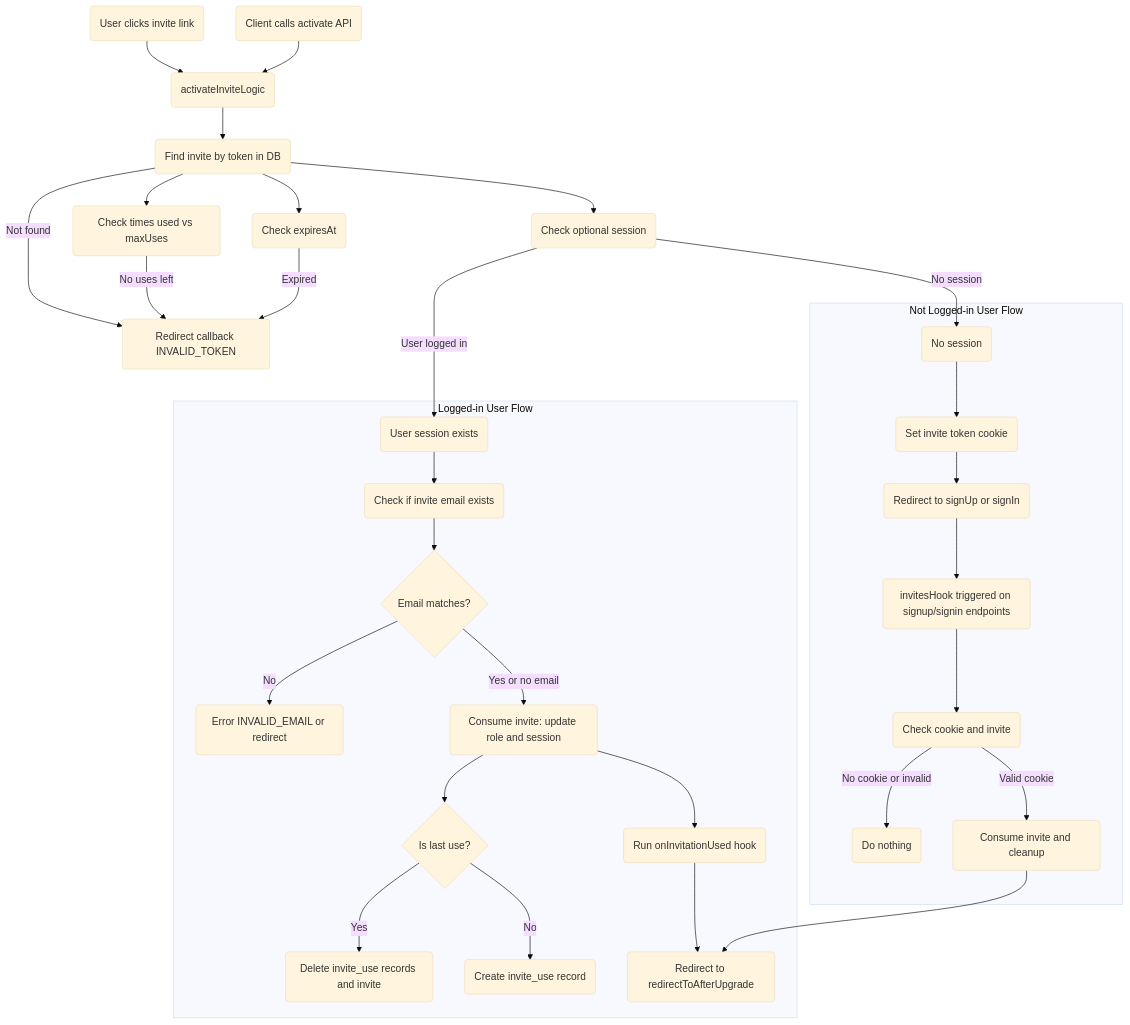
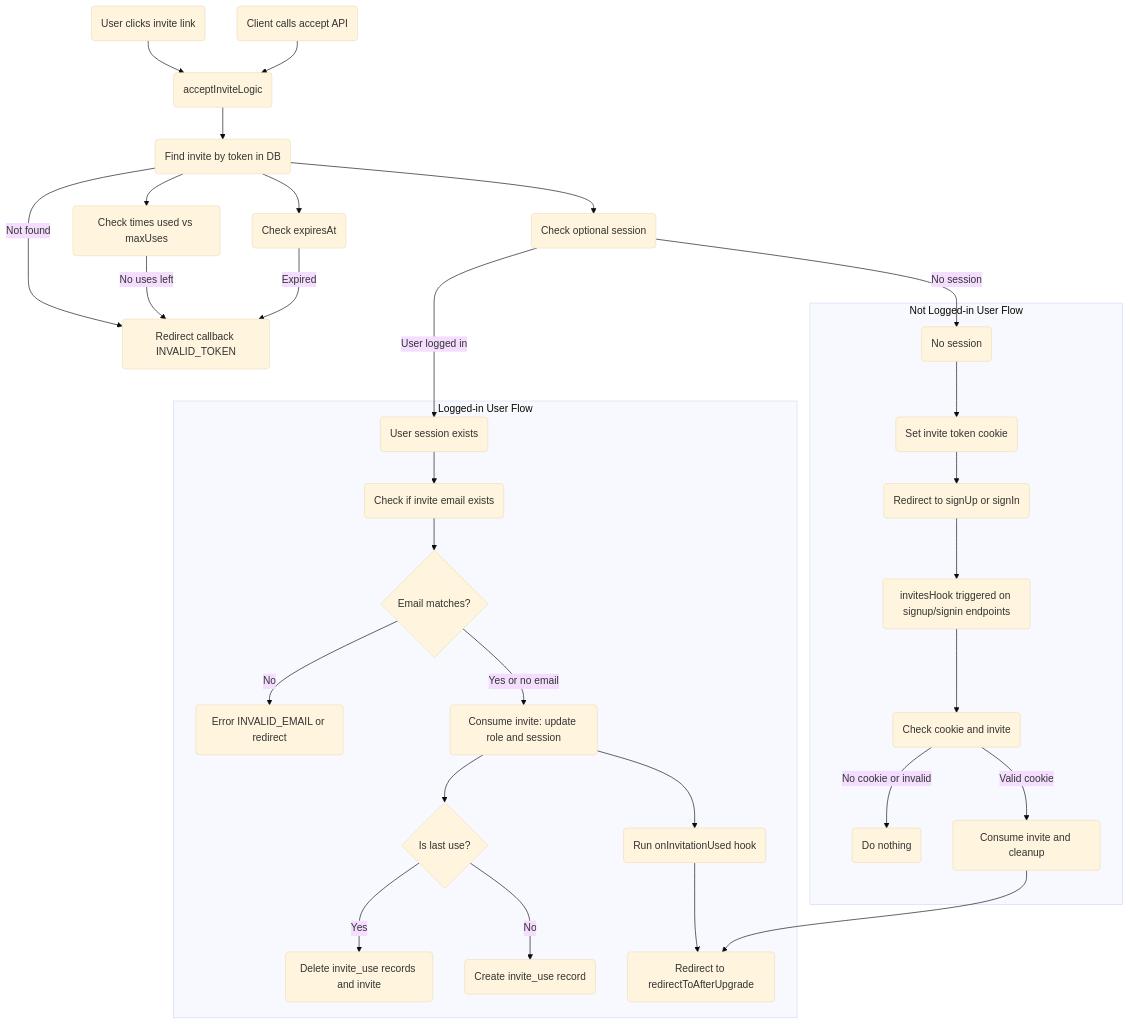
The second of 2 diagrams in docs/content/docs/core/diagram.mdx (better-invite/better-invite), drawn with Mermaid (base theme) before and after one commit. The commit also changed other lines of this file and 23 other files, not shown here.

````diff
--- a/docs/content/docs/core/diagram.mdx
+++ b/docs/content/docs/core/diagram.mdx
@@ -37,43 +37,43 @@
 ```mermaid
 flowchart TB
-  %% Activation entry points
-  N1(User clicks invite link) --> ACT(activateInviteLogic)
-  N2(Client calls activate API) --> ACT
+  %% Acceptance entry points
+  N1(User clicks invite link) --> ACT(acceptInviteLogic)
+  N2(Client calls accept API) --> ACT
 
   %% Validations
   ACT --> P(Find invite by token in DB)
   P -->|Not found| Z3(Redirect callback INVALID_TOKEN)
   P --> Q(Check times used vs maxUses)
   Q -->|No uses left| Z3
   P --> R(Check expiresAt)
   R -->|Expired| Z3
 
   %% Decision: does user have a session?
   P --> S(Check optional session)
   S -->|User logged in| T1(User session exists)
   S -->|No session| T2(No session)
 
   %% Logged-in user path
   subgraph USER_DIAG [Logged-in User Flow]
     T1 --> U1(Check if invite email exists)
     U1 --> U2{Email matches?}
     U2 -->|No| Z4(Error INVALID_EMAIL or redirect)
     U2 -->|Yes or no email| V1(Consume invite: update role and session)
     V1 --> W1{Is last use?}
     W1 -->|Yes| X1(Delete invite_use records and invite)
     W1 -->|No| Y1(Create invite_use record)
     V1 --> Z5(Run onInvitationUsed hook)
     Z5 --> AA(Redirect to redirectToAfterUpgrade)
   end
 
   %% Not logged-in user path
   subgraph NOUSER_DIAG [Not Logged-in User Flow]
     T2 --> B1(Set invite token cookie)
     B1 --> C1(Redirect to signUp or signIn)
     C1 --> Hk(invitesHook triggered on signup/signin endpoints)
     Hk --> HkCheck(Check cookie and invite)
     HkCheck -->|No cookie or invalid| HkStop(Do nothing)
     HkCheck -->|Valid cookie| HkConsume(Consume invite and cleanup)
     HkConsume --> AA
   end
 ```
````
